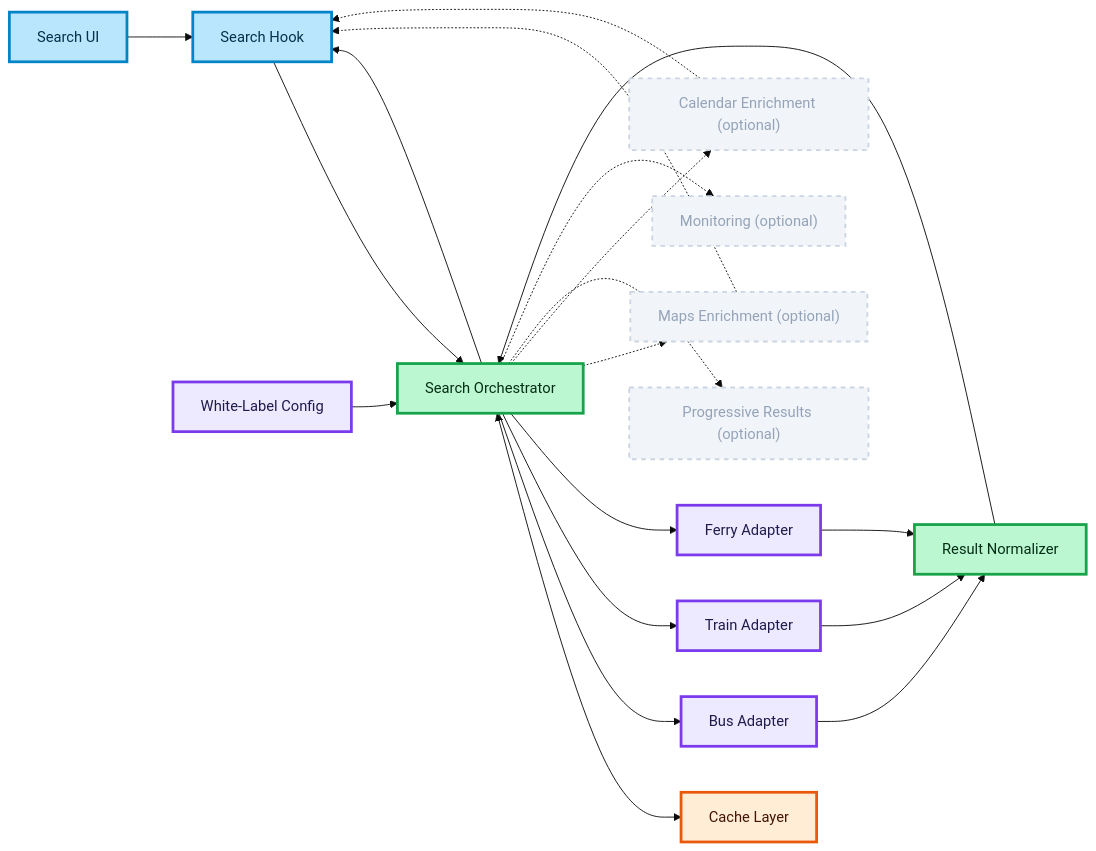
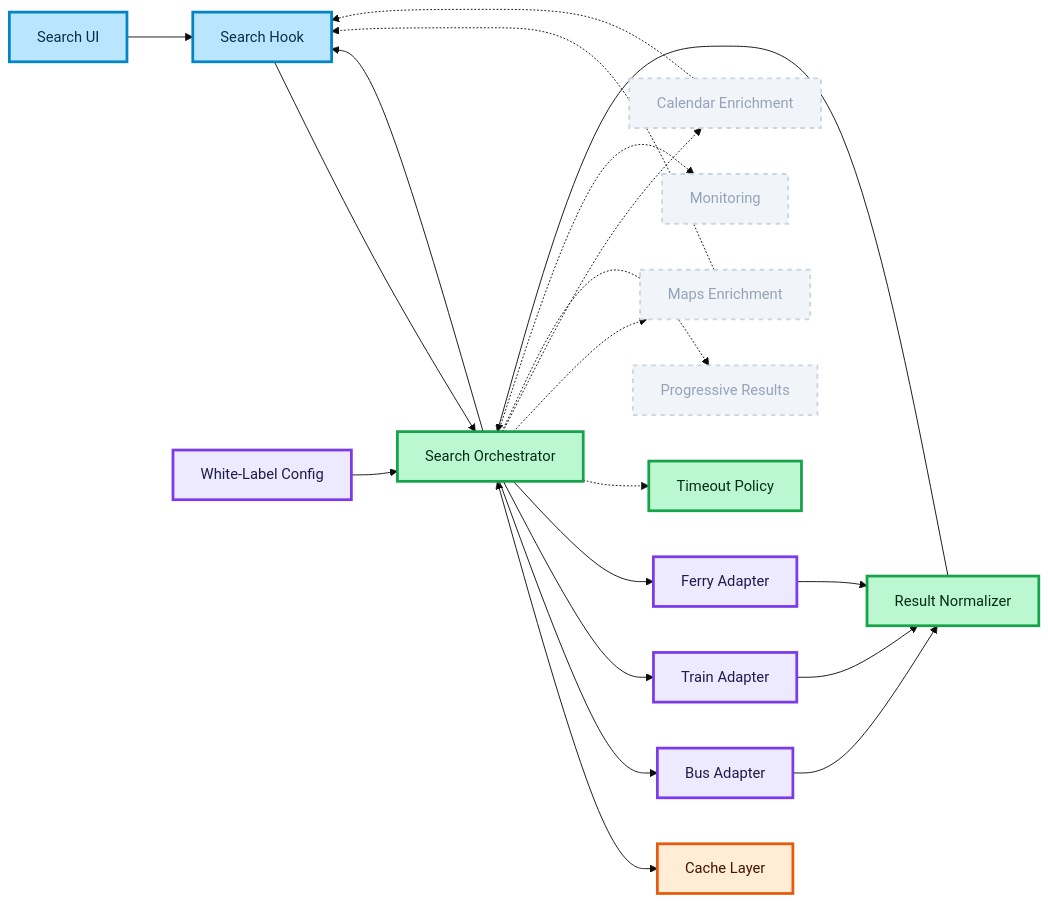
Before and after one commit to elina-web-magic/petstok: the diagram in docs/white-label/WHITE_LABEL_TRANSPORT_SEARCH_ARCHITECTURE.md, drawn with Mermaid (base theme). The commit also changed other lines of this file, not shown here.

Commit message:
Update: architecture doc

````diff
--- a/docs/white-label/WHITE_LABEL_TRANSPORT_SEARCH_ARCHITECTURE.md
+++ b/docs/white-label/WHITE_LABEL_TRANSPORT_SEARCH_ARCHITECTURE.md
@@ -83,62 +90,66 @@
 ```mermaid
 flowchart LR
     UI[Search UI]
     HOOK[Search Hook]
     ORCH[Search Orchestrator]
     CACHE[Cache Layer]
     NORMALIZER[Result Normalizer]
     CONFIG[White-Label Config]
 
     BUS[Bus Adapter]
     TRAIN[Train Adapter]
     FERRY[Ferry Adapter]
 
-    MAPS["Maps Enrichment (optional)"]
-    CALENDAR["Calendar Enrichment (optional)"]
+    TIMEOUT[Timeout Policy]
 
-    PROGRESSIVE["Progressive Results (optional)"]
-    MONITORING["Monitoring (optional)"]
+    MAPS["Maps Enrichment"]
+    CALENDAR["Calendar Enrichment"]
+
+    PROGRESSIVE["Progressive Results"]
+    MONITORING["Monitoring"]
 
     UI --> HOOK
     HOOK --> ORCH
 
     ORCH <--> CACHE
 
     ORCH --> BUS
     ORCH --> TRAIN
     ORCH --> FERRY
 
     BUS --> NORMALIZER
     TRAIN --> NORMALIZER
     FERRY --> NORMALIZER
 
     NORMALIZER --> ORCH
-
     ORCH --> HOOK
 
-    %% Async enrichment (non-blocking, optional)
+    CONFIG --> ORCH
+
+    %% Timeout inside orchestration
+    ORCH -.-> TIMEOUT
+
+    %% Optional async layers
     ORCH -.-> MAPS
     ORCH -.-> CALENDAR
 
     MAPS -.-> HOOK
     CALENDAR -.-> HOOK
 
-    CONFIG --> ORCH
-
-    %% Ghost layers (optional)
+    %% Ghost layers
     ORCH -.-> PROGRESSIVE
     ORCH -.-> MONITORING
 
     %% Styling
     classDef server fill:#ede9fe,stroke:#7c3aed,stroke-width:3px,color:#1e1b4b;
     classDef client fill:#bae6fd,stroke:#0284c7,stroke-width:3px,color:#082f49;
     classDef db fill:#ffedd5,stroke:#ea580c,stroke-width:3px,color:#431407;
     classDef action fill:#bbf7d0,stroke:#16a34a,stroke-width:3px,color:#052e16;
     classDef optional fill:#f1f5f9,stroke:#cbd5e1,stroke-width:2px,stroke-dasharray:5 5,color:#94a3b8;
 
     class UI,HOOK client;
     class BUS,TRAIN,FERRY,CONFIG server;
-    class ORCH,NORMALIZER action;
+    class ORCH,NORMALIZER,TIMEOUT action;
     class CACHE db;
     class MAPS,CALENDAR,PROGRESSIVE,MONITORING optional;
 ```
````
